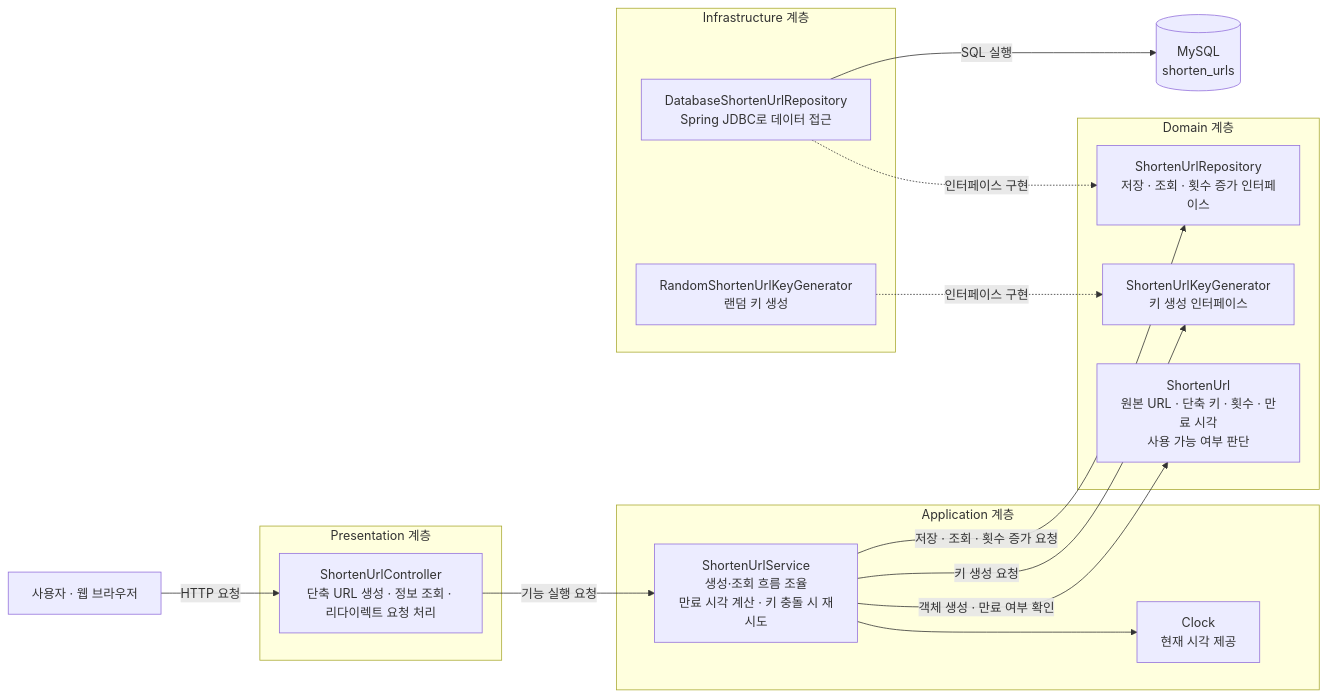
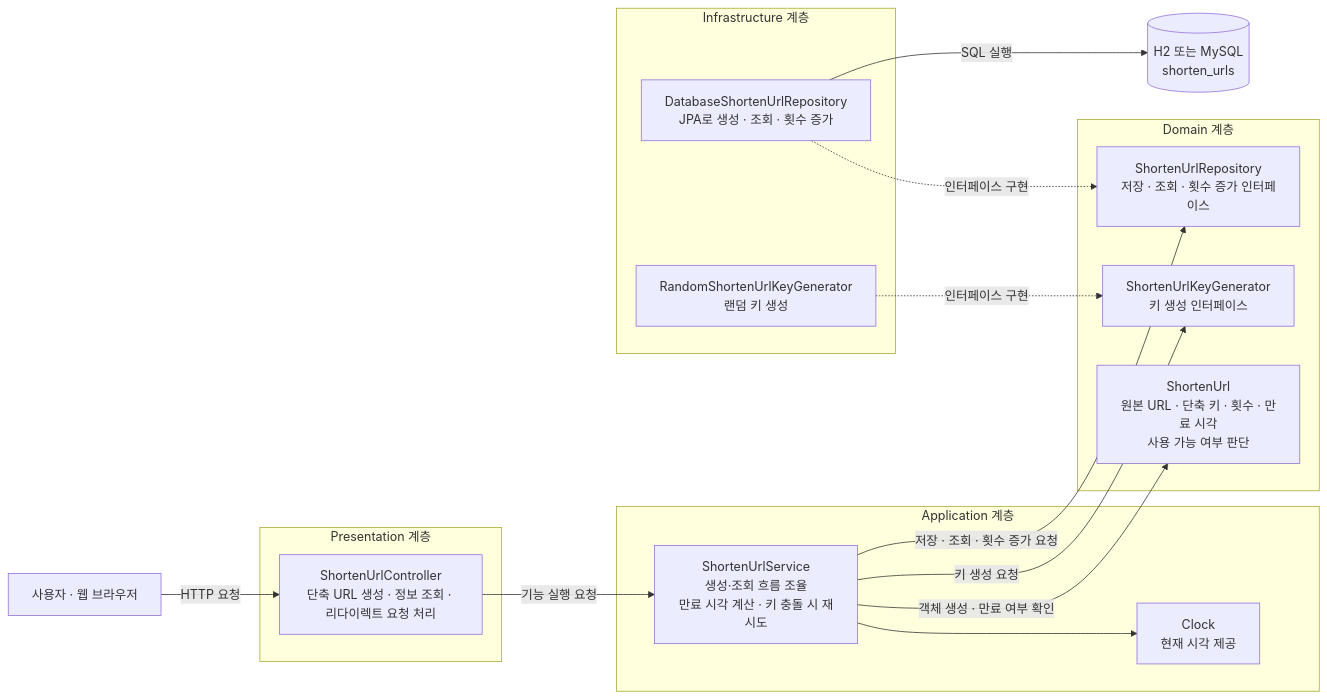
Before and after one commit to tkdgh816/brevlet: the diagram in README.md, drawn with Mermaid. The commit also changed other lines of this file, not shown here.

````diff
--- a/README.md
+++ b/README.md
@@ -34,37 +34,37 @@
 ```mermaid
 flowchart LR
    User["사용자 · 웹 브라우저"]
 
    subgraph Presentation["Presentation 계층"]
       Controller["ShortenUrlController<br/>단축 URL 생성 · 정보 조회 · 리다이렉트 요청 처리"]
    end
 
    subgraph Application["Application 계층"]
       Service["ShortenUrlService<br/>생성·조회 흐름 조율<br/>만료 시각 계산 · 키 충돌 시 재시도"]
       Clock["Clock<br/>현재 시각 제공"]
       Service --> Clock
    end
 
    subgraph Domain["Domain 계층"]
       Entity["ShortenUrl<br/>원본 URL · 단축 키 · 횟수 · 만료 시각<br/>사용 가능 여부 판단"]
       KeyPort["ShortenUrlKeyGenerator<br/>키 생성 인터페이스"]
       RepoPort["ShortenUrlRepository<br/>저장 · 조회 · 횟수 증가 인터페이스"]
    end
 
    subgraph Infrastructure["Infrastructure 계층"]
-      RepoImpl["DatabaseShortenUrlRepository<br/>Spring JDBC로 데이터 접근"]
+      RepoImpl["DatabaseShortenUrlRepository<br/>JPA로 생성 · 조회 · 횟수 증가"]
       KeyImpl["RandomShortenUrlKeyGenerator<br/>랜덤 키 생성"]
    end
 
-   DB[("MySQL<br/>shorten_urls")]
+   DB[("H2 또는 MySQL<br/>shorten_urls")]
 
    User -->|"HTTP 요청"| Controller
    Controller -->|"기능 실행 요청"| Service
    Service -->|"객체 생성 · 만료 여부 확인"| Entity
    Service -->|"키 생성 요청"| KeyPort
    Service -->|"저장 · 조회 · 횟수 증가 요청"| RepoPort
 
    KeyImpl -.->|"인터페이스 구현"| KeyPort
    RepoImpl -.->|"인터페이스 구현"| RepoPort
    RepoImpl -->|"SQL 실행"| DB
 ```
````
